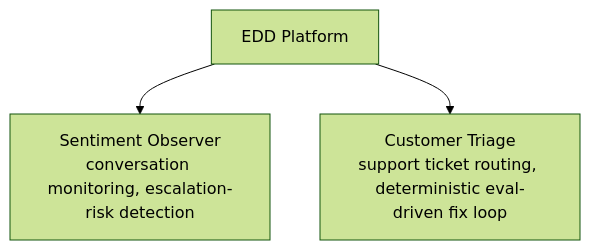
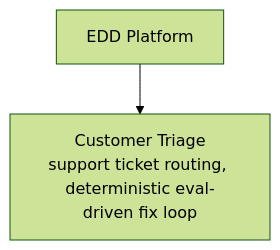
The sixth of 6 diagrams in docs/ARCHITECTURE.md (bfalkowski/edd-platform), drawn with Mermaid (forest theme) before and after one commit. The commit also changed other lines of this file and 13 other files, not shown here.

First line of the commit message:
T-1: Remove Sentiment Observer leftovers from the docs, examples and app defaults

````diff
--- a/docs/ARCHITECTURE.md
+++ b/docs/ARCHITECTURE.md
@@ -259,10 +258,8 @@
 ```mermaid
 flowchart TB
   Platform["EDD Platform"]
 
-  Sentiment["Sentiment Observer<br/>conversation monitoring, escalation-risk detection"]
   Triage["Customer Triage<br/>support ticket routing, deterministic eval-driven fix loop"]
 
-  Platform --> Sentiment
   Platform --> Triage
 ```
````
